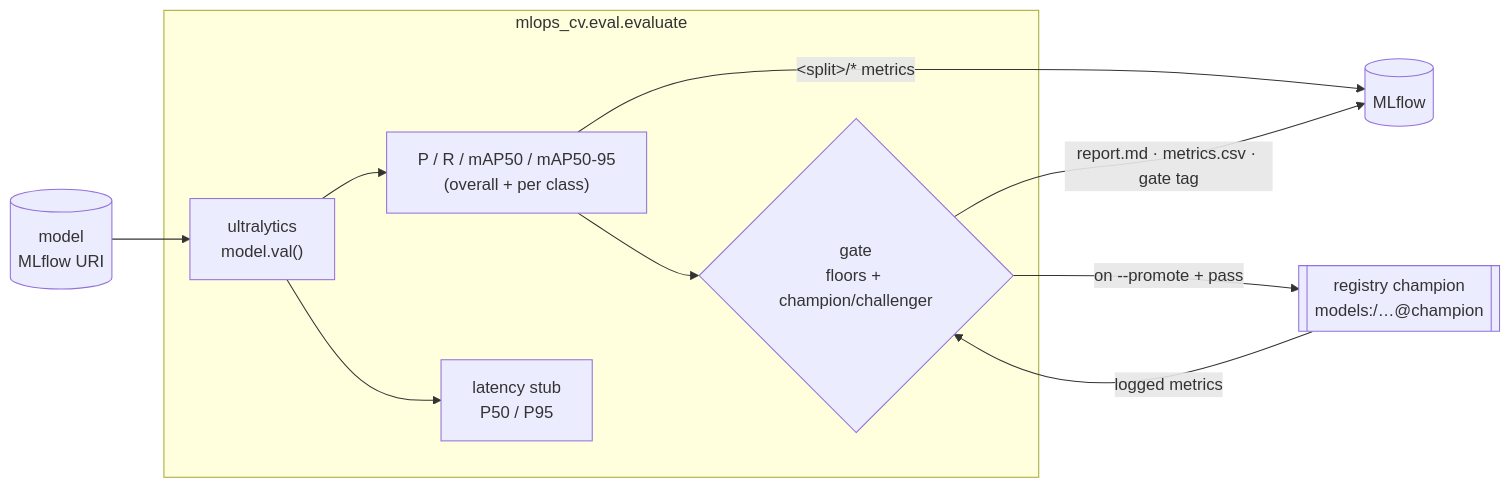
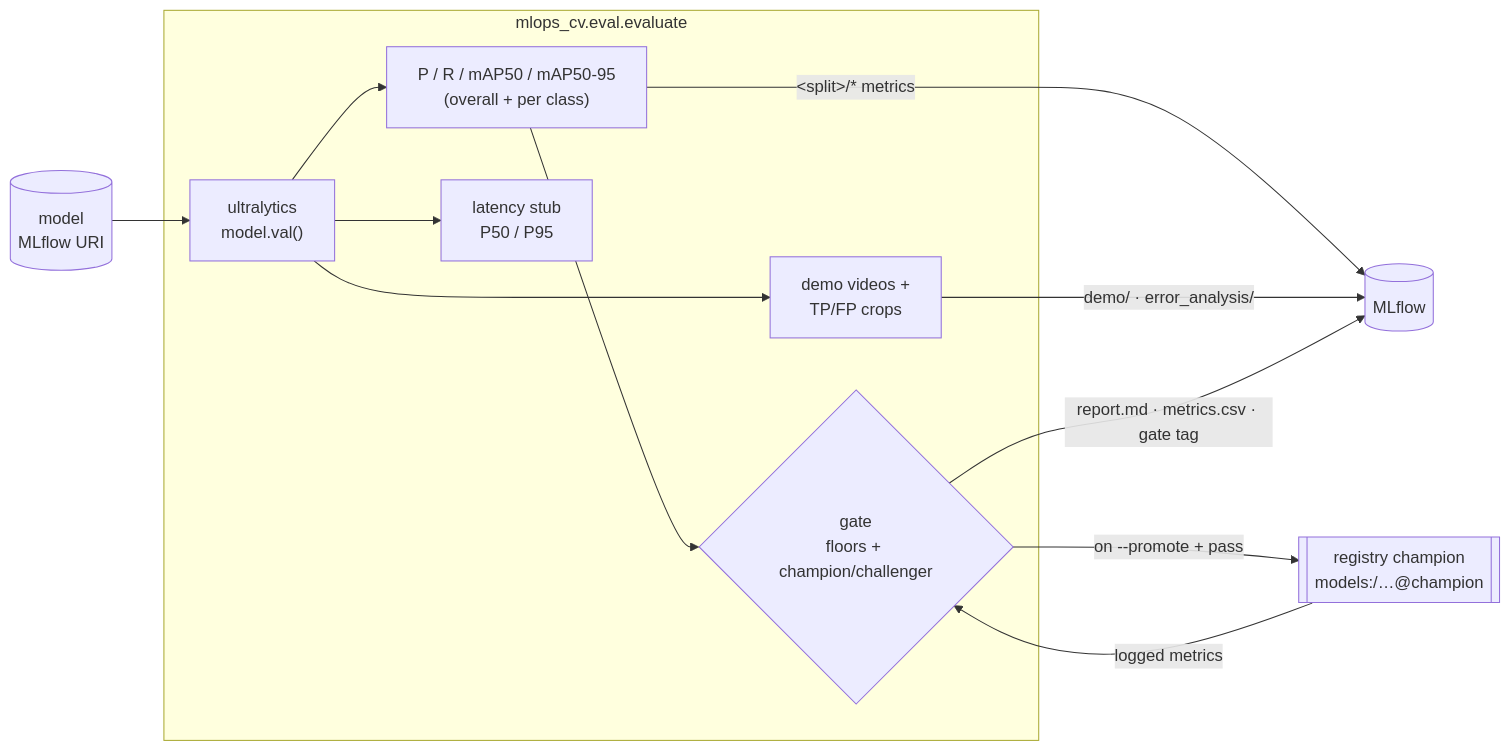
The diagram in docs/evaluation.md (vtarasv/mlops-cv), drawn with Mermaid before and after one commit. The commit also changed other lines of this file and 7 other files, not shown here.

````diff
--- a/docs/evaluation.md
+++ b/docs/evaluation.md
@@ -8,13 +10,15 @@
 ```mermaid
 flowchart LR
   model[("model<br/>MLflow URI")] --> val
   subgraph eval["mlops_cv.eval.evaluate"]
     val["ultralytics<br/>model.val()"] --> metrics["P / R / mAP50 / mAP50-95<br/>(overall + per class)"]
     val --> lat["latency stub<br/>P50 / P95"]
+    val --> vis["demo videos +<br/>TP/FP crops"]
     metrics --> gate{"gate<br/>floors + champion/challenger"}
   end
   champ[["registry champion<br/>models:/…@champion"]] -->|logged metrics| gate
   metrics -->|"&lt;split&gt;/* metrics"| mlflow[("MLflow")]
+  vis -->|"demo/ · error_analysis/"| mlflow
   gate -->|"report.md · metrics.csv · gate tag"| mlflow
   gate -->|"on --promote + pass"| champ
 ```
````
